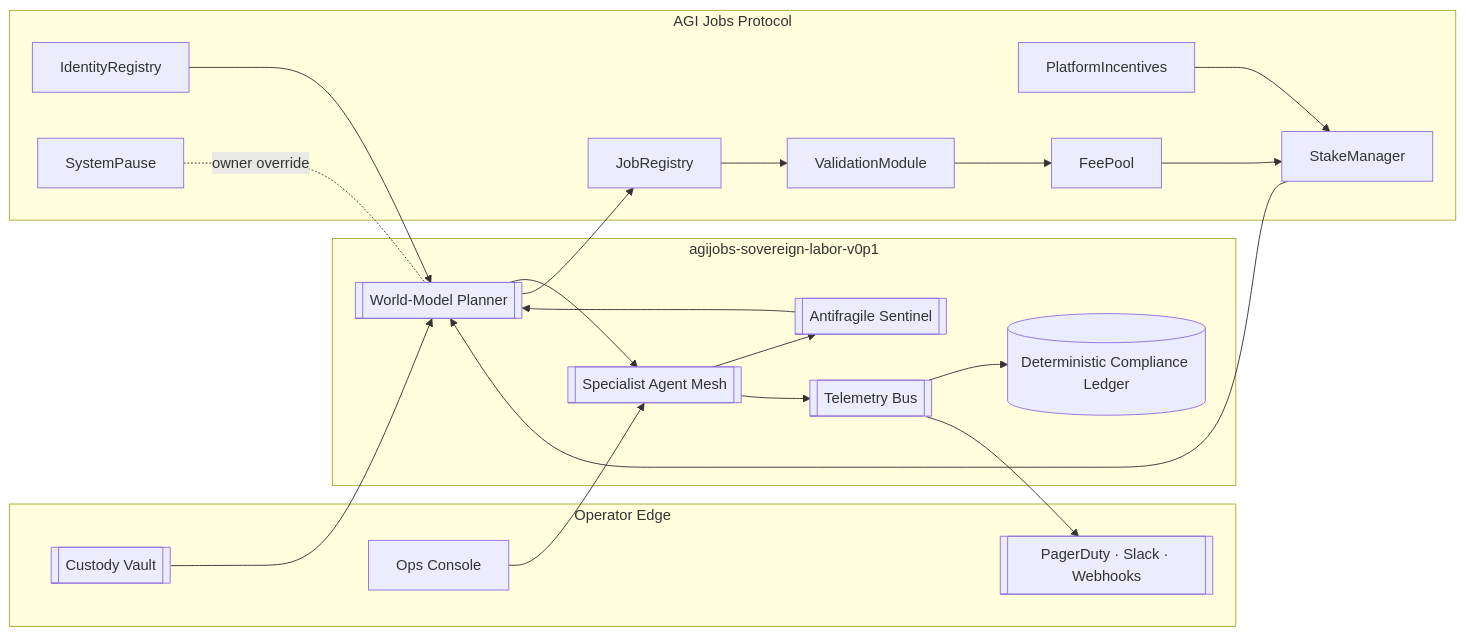
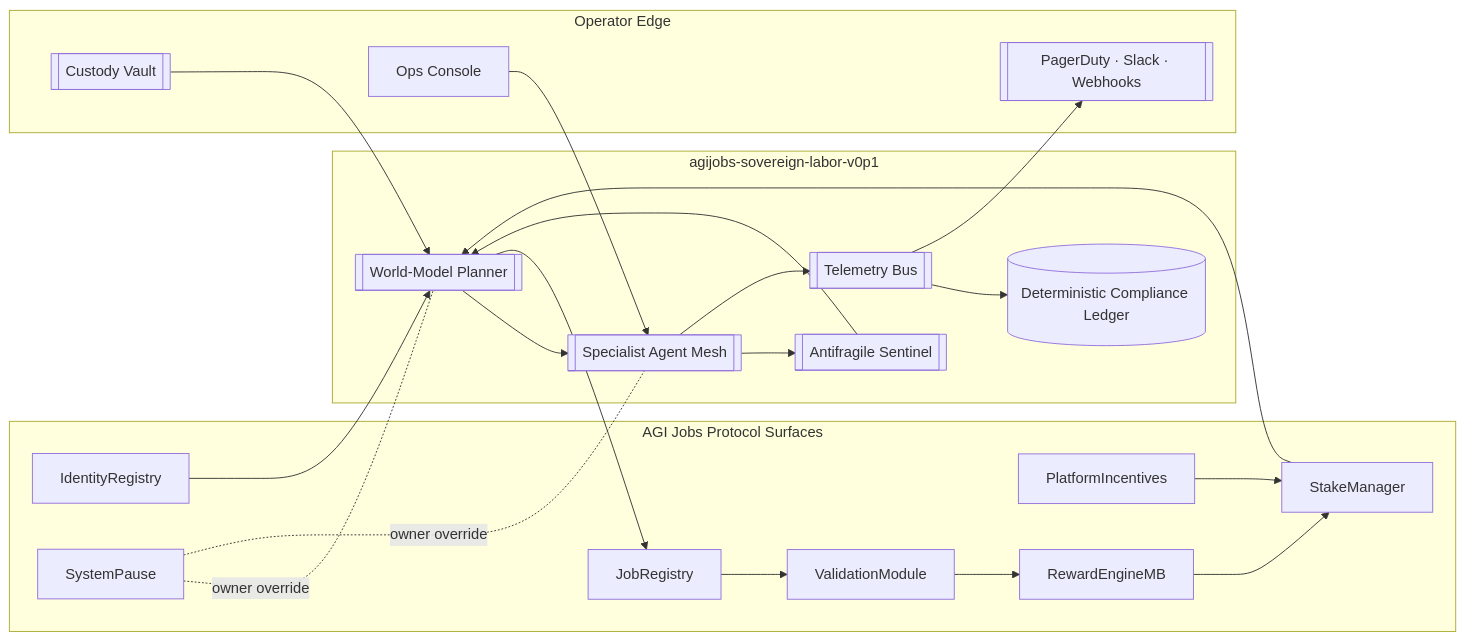
One commit to MontrealAI/AGI-Alpha-Node-v0 changed the first of 8 diagrams in docs/README.md. Above: the diagram before and after it, drawn with Mermaid. The commit also changed other lines of this file and 1 other file, not shown here.

````diff
--- a/docs/README.md
+++ b/docs/README.md
@@ -90,43 +102,44 @@
 ```mermaid
 flowchart LR
   subgraph OperatorEdge[Operator Edge]
     Vault[[Custody Vault]]
     Console[Ops Console]
     Alerts[[PagerDuty · Slack · Webhooks]]
   end
 
   subgraph SovereignNode[agijobs-sovereign-labor-v0p1]
     Planner[[World-Model Planner]]
     Mesh[[Specialist Agent Mesh]]
     Sentinel[[Antifragile Sentinel]]
     Ledger[(Deterministic Compliance Ledger)]
     Telemetry[[Telemetry Bus]]
   end
 
-  subgraph ProtocolCore[AGI Jobs Protocol]
+  subgraph ProtocolCore[AGI Jobs Protocol Surfaces]
     IdentityRegistry
     StakeManager
     PlatformIncentives
     JobRegistry
     ValidationModule
-    FeePool
+    RewardEngineMB
     SystemPause
   end
 
   Vault --> Planner
   Console --> Mesh
   Planner --> Mesh
   Mesh --> Sentinel
   Sentinel --> Planner
   Mesh --> Telemetry
   Telemetry --> Ledger
   Telemetry --> Alerts
   Planner --> JobRegistry
   IdentityRegistry --> Planner
   StakeManager --> Planner
   PlatformIncentives --> StakeManager
   JobRegistry --> ValidationModule
-  ValidationModule --> FeePool
-  FeePool --> StakeManager
+  ValidationModule --> RewardEngineMB
+  RewardEngineMB --> StakeManager
   SystemPause -. owner override .- Planner
+  SystemPause -. owner override .- Mesh
 ```
````
